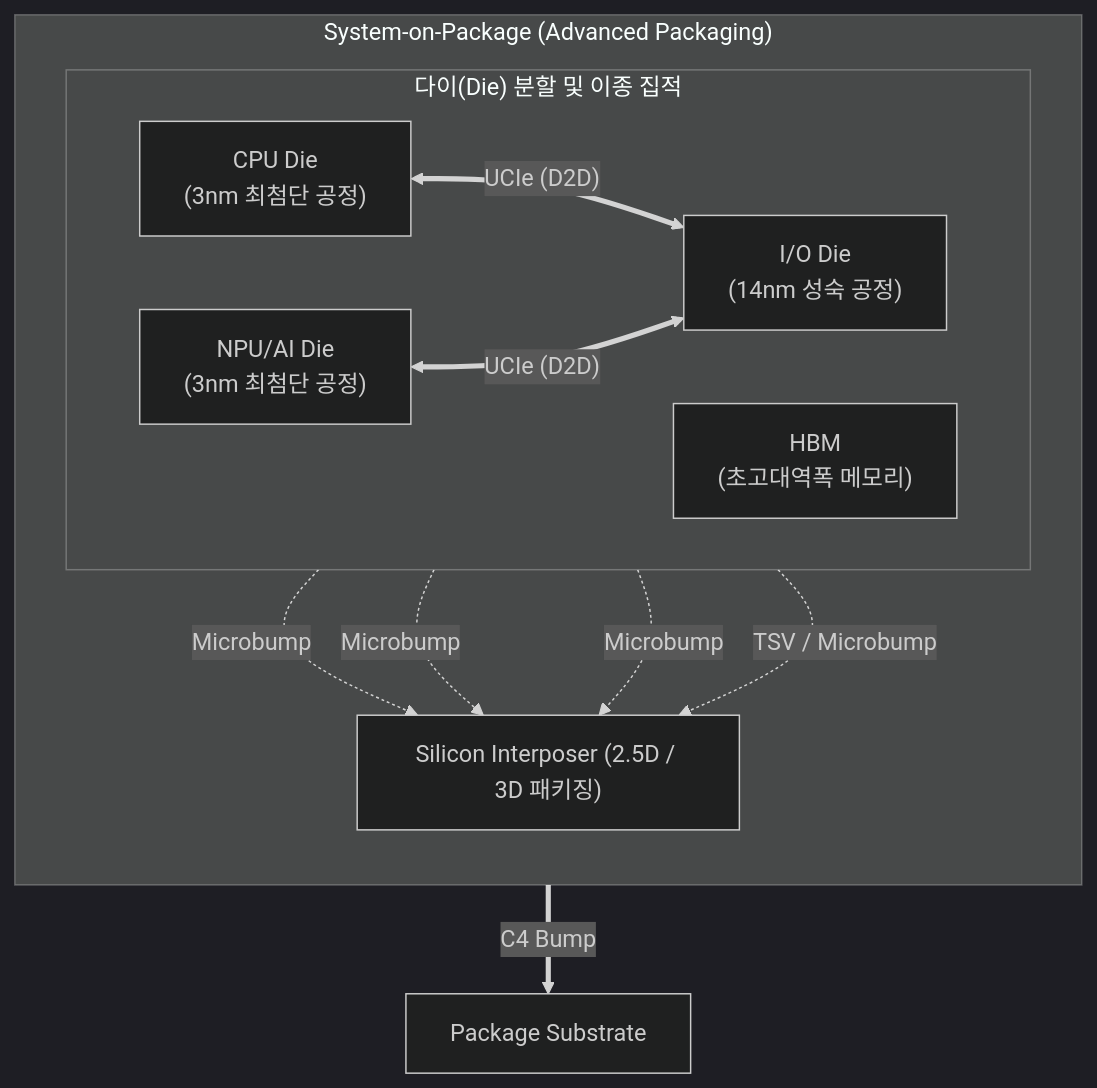
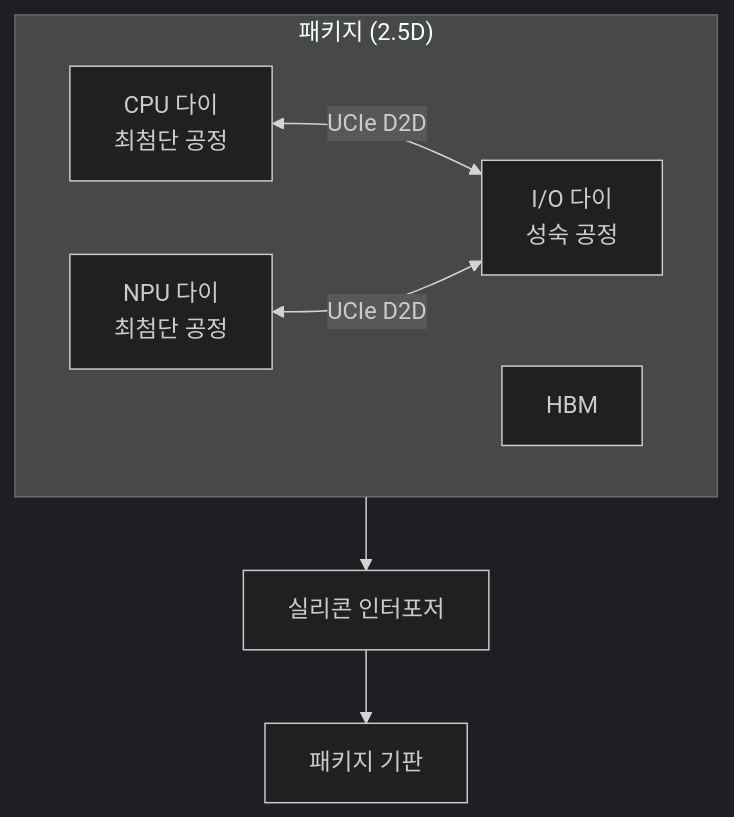
One commit to supremethumb/supremethumb.github.io changed the diagram in content/01_IT Tech/비메모리 반도체.md. Above: the diagram before and after it, drawn with Mermaid (dark theme). The commit also changed other lines of this file and 1087 other files, not shown here.

````diff
--- a/content/01_IT Tech/비메모리 반도체.md
+++ b/content/01_IT Tech/비메모리 반도체.md
@@ -28,28 +35,13 @@
 ```mermaid
 flowchart TB
-    subgraph SOP["System-on-Package (Advanced Packaging)"]
-        direction TB
-        
-        subgraph Chiplets["다이(Die) 분할 및 이종 집적"]
-            direction LR
-            CPU["CPU Die<br/>(3nm 최첨단 공정)"]
-            NPU["NPU/AI Die<br/>(3nm 최첨단 공정)"]
-            IOD["I/O Die<br/>(14nm 성숙 공정)"]
-            HBM["HBM<br/>(초고대역폭 메모리)"]
-        end
-        
-        INT["Silicon Interposer (2.5D / 3D 패키징)"]
-        
-        CPU <== "UCIe (D2D)" ==> IOD
-        NPU <== "UCIe (D2D)" ==> IOD
-        
-        CPU -. "Microbump" .-> INT
-        NPU -. "Microbump" .-> INT
-        IOD -. "Microbump" .-> INT
-        HBM -. "TSV / Microbump" .-> INT
+    subgraph PKG["패키지 (2.5D)"]
+        direction LR
+        CPU["CPU 다이<br/>최첨단 공정"]
+        NPU["NPU 다이<br/>최첨단 공정"]
+        IOD["I/O 다이<br/>성숙 공정"]
+        HBM["HBM"]
     end
-    
-    SUB["Package Substrate"]
-    INT == "C4 Bump" ==> SUB
-
+    CPU <-- "UCIe D2D" --> IOD
+    NPU <-- "UCIe D2D" --> IOD
+    PKG --> INT["실리콘 인터포저"] --> SUB["패키지 기판"]
 ```
````
